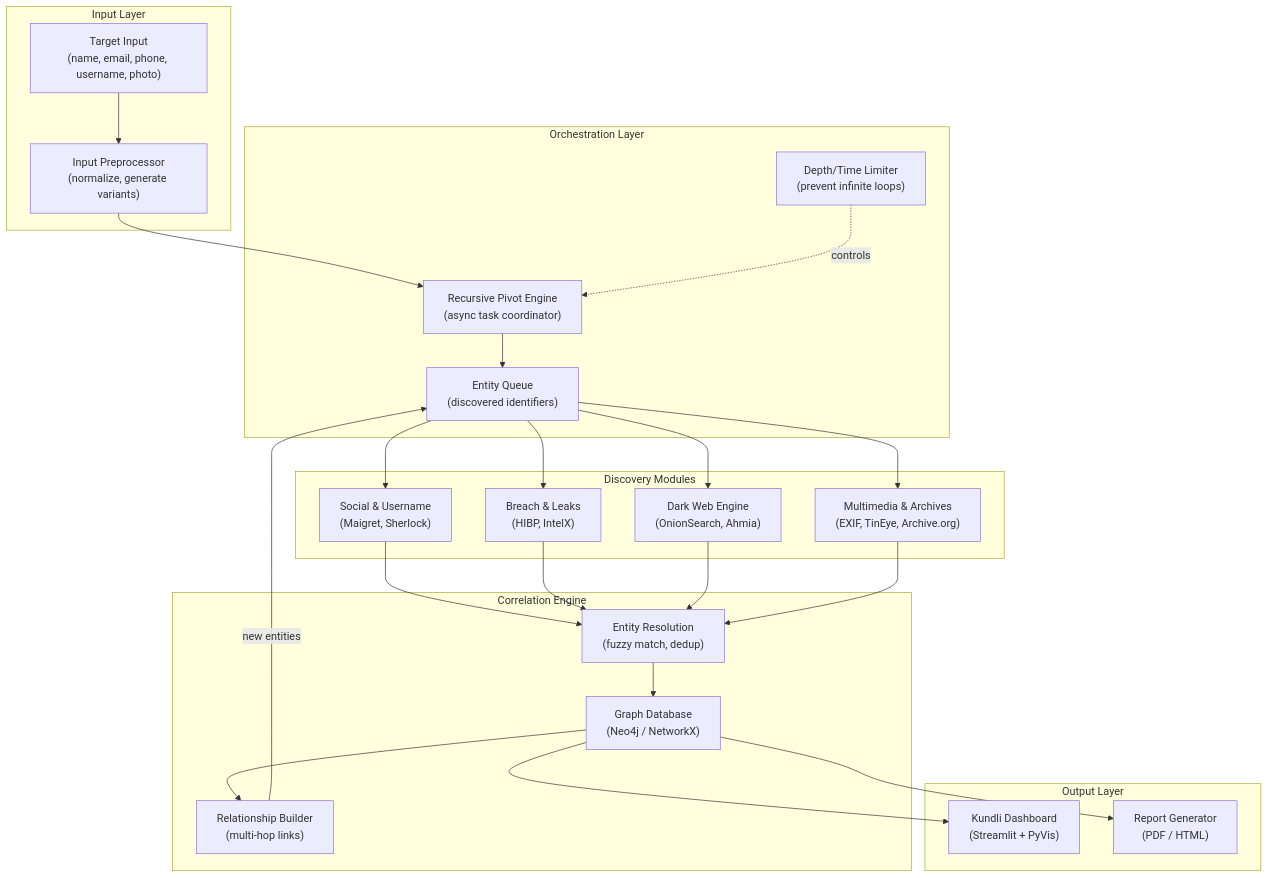
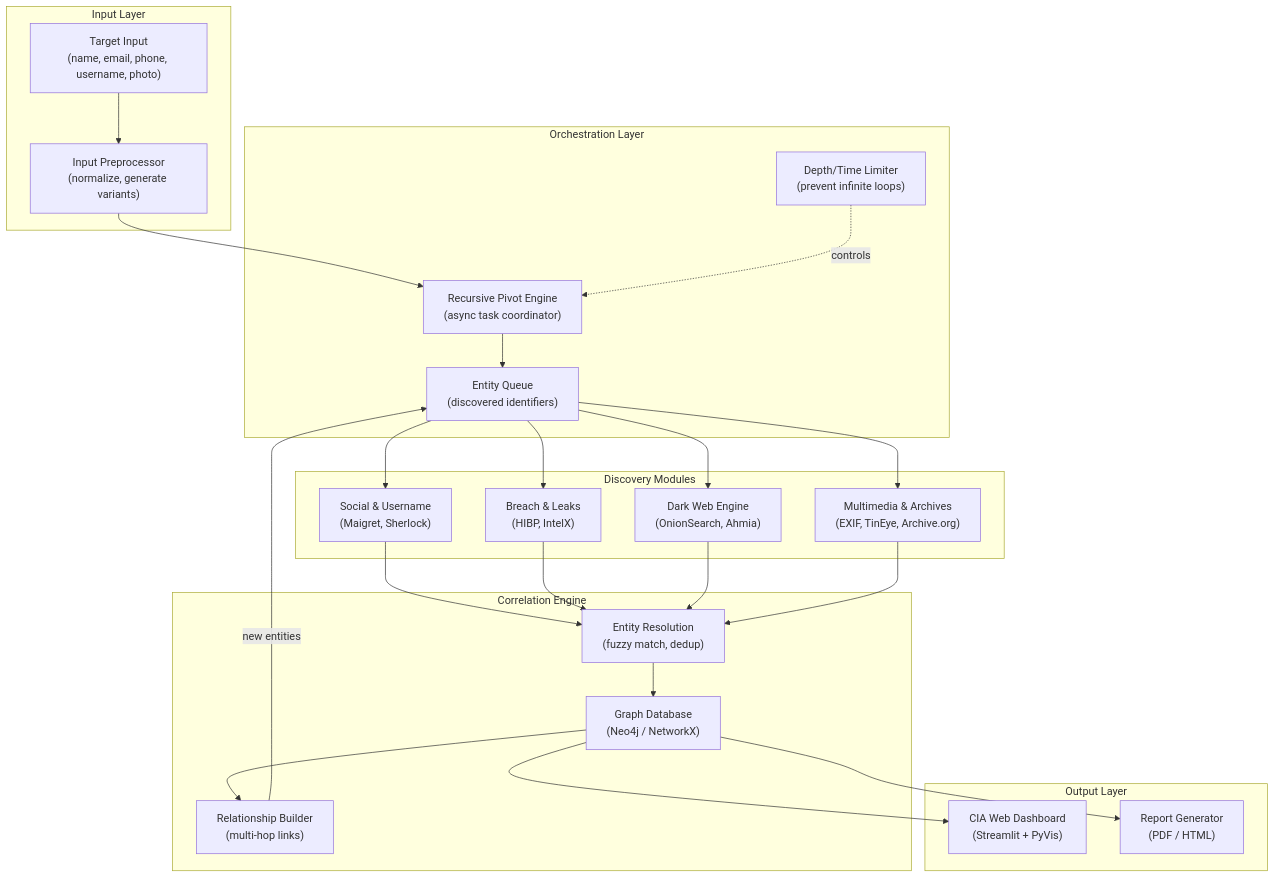
One commit to ketavshah30/rahasya changed the diagram in implementation_plan (1).md. Above: the diagram before and after it, drawn with Mermaid. The commit also changed other lines of this file and 62 other files, not shown here.

````diff
--- a/implementation_plan (1).md
+++ b/implementation_plan (1).md
@@ -43,40 +43,40 @@
 ```mermaid
 graph TB
     subgraph "Input Layer"
         A["Target Input<br/>(name, email, phone, username, photo)"]
         B["Input Preprocessor<br/>(normalize, generate variants)"]
     end
 
     subgraph "Orchestration Layer"
         C["Recursive Pivot Engine<br/>(async task coordinator)"]
         D["Entity Queue<br/>(discovered identifiers)"]
         E["Depth/Time Limiter<br/>(prevent infinite loops)"]
     end
 
     subgraph "Discovery Modules"
         F["Social & Username<br/>(Maigret, Sherlock)"]
         G["Breach & Leaks<br/>(HIBP, IntelX)"]
         H["Dark Web Engine<br/>(OnionSearch, Ahmia)"]
         I["Multimedia & Archives<br/>(EXIF, TinEye, Archive.org)"]
     end
 
     subgraph "Correlation Engine"
         J["Entity Resolution<br/>(fuzzy match, dedup)"]
         K["Graph Database<br/>(Neo4j / NetworkX)"]
         L["Relationship Builder<br/>(multi-hop links)"]
     end
 
     subgraph "Output Layer"
-        M["Kundli Dashboard<br/>(Streamlit + PyVis)"]
+        M["CIA Web Dashboard<br/>(Streamlit + PyVis)"]
         N["Report Generator<br/>(PDF / HTML)"]
     end
 
     A --> B --> C
     C --> D
     D --> F & G & H & I
     F & G & H & I --> J
     J --> K --> L
     L -->|"new entities"| D
     E -.->|"controls"| C
     K --> M & N
 ```
````
